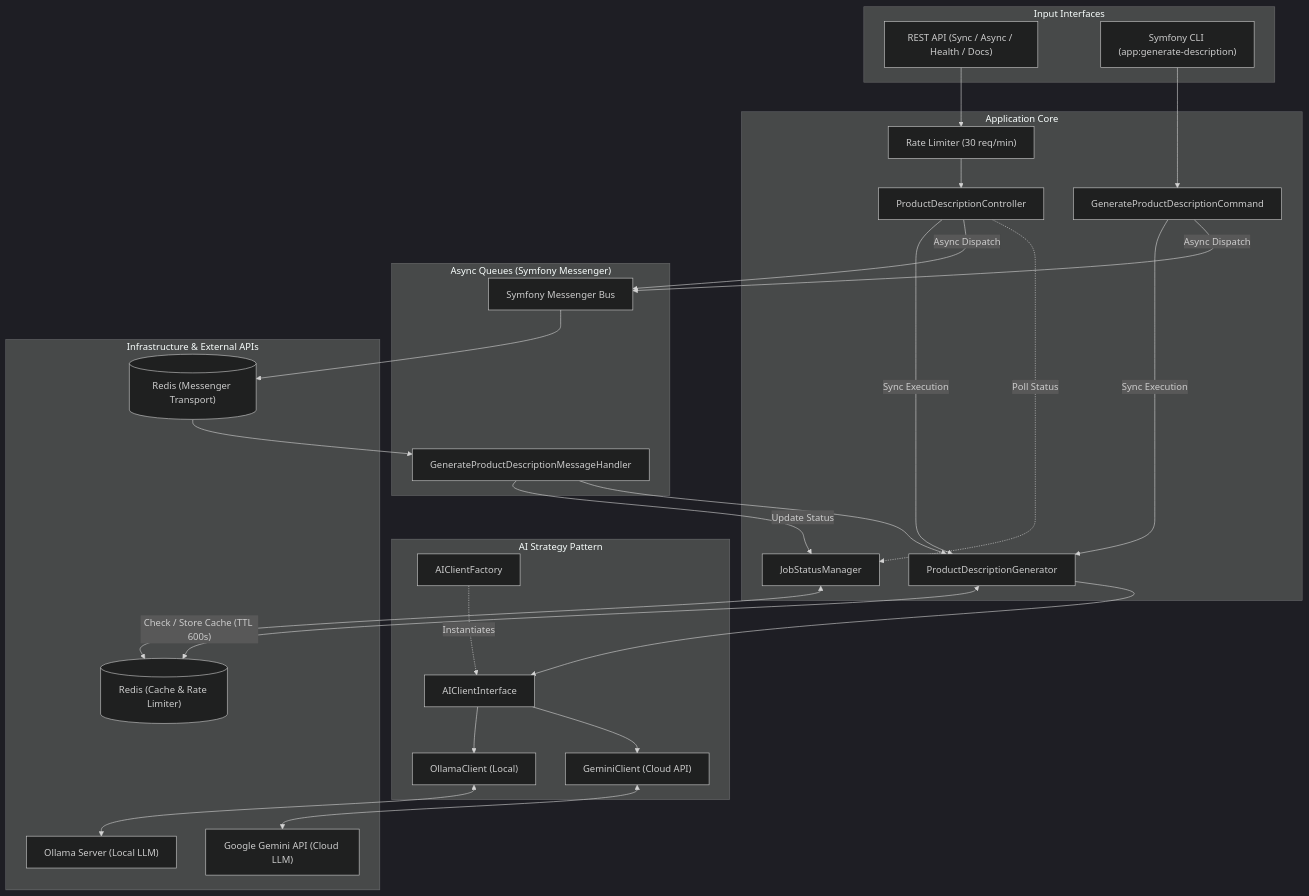
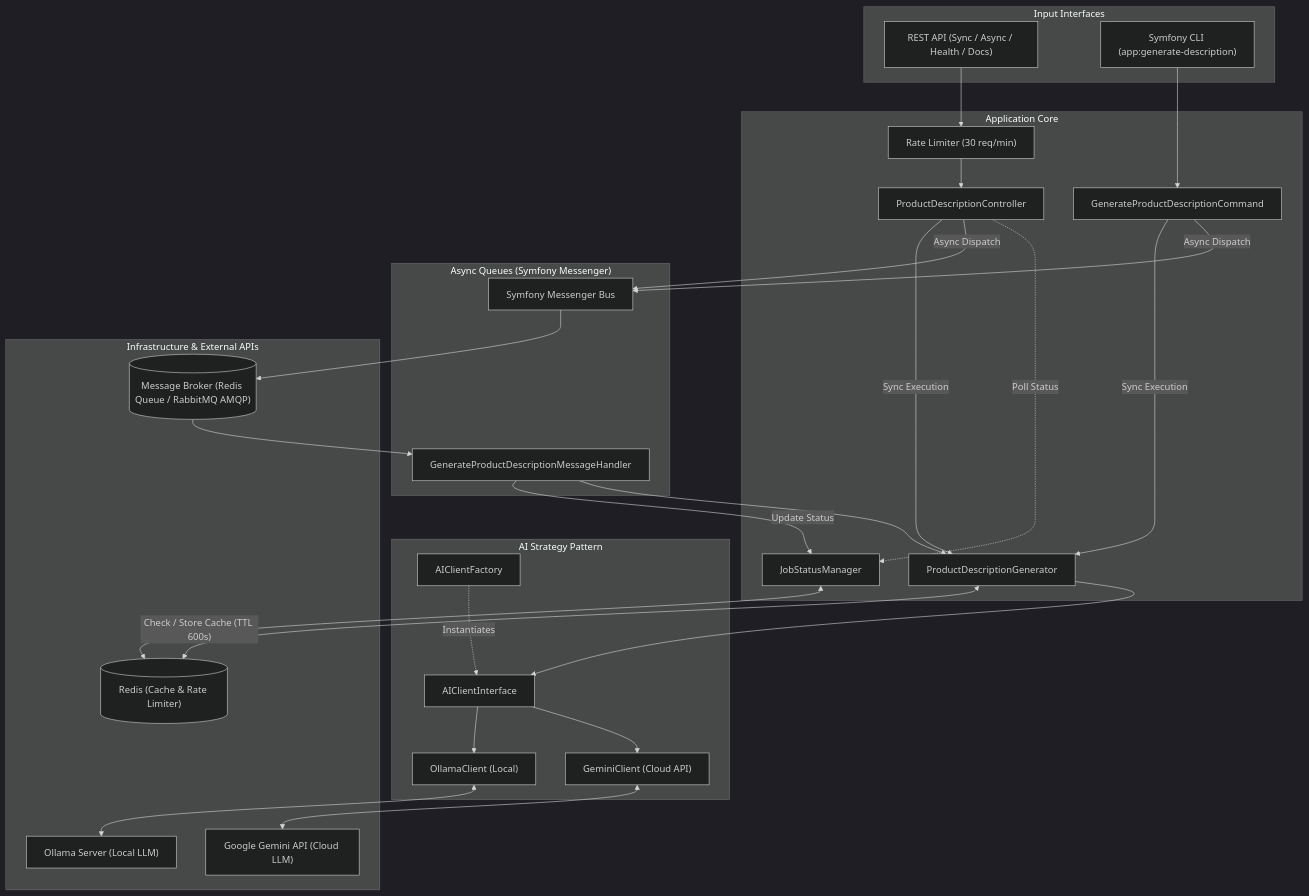
Before and after one commit to michal-kraus/ai-product-description-microservice: the diagram in README.md, drawn with Mermaid (dark theme). The commit also changed other lines of this file and 10 other files, not shown here.

Commit message:
feat(messenger): add RabbitMQ AMQP transport support with Docker profiles

````diff
--- a/README.md
+++ b/README.md
@@ -25,60 +25,60 @@
 ```mermaid
 flowchart TD
     subgraph Clients ["Input Interfaces"]
         HTTP["REST API (Sync / Async / Health / Docs)"]
         CLI["Symfony CLI (app:generate-description)"]
     end
 
     subgraph App ["Application Core"]
         Limiter["Rate Limiter (30 req/min)"]
         Controller["ProductDescriptionController"]
         Command["GenerateProductDescriptionCommand"]
         Generator["ProductDescriptionGenerator"]
         JobManager["JobStatusManager"]
     end
 
     subgraph MessengerLayer ["Async Queues (Symfony Messenger)"]
         Bus["Symfony Messenger Bus"]
         Handler["GenerateProductDescriptionMessageHandler"]
     end
 
     subgraph AIService ["AI Strategy Pattern"]
         Factory["AIClientFactory"]
         Strategy["AIClientInterface"]
         Ollama["OllamaClient (Local)"]
         Gemini["GeminiClient (Cloud API)"]
     end
 
     subgraph Infra ["Infrastructure & External APIs"]
         RedisCache[("Redis (Cache & Rate Limiter)")]
-        RedisQueue[("Redis (Messenger Transport)")]
+        Queues[("Message Broker (Redis Queue / RabbitMQ AMQP)")]
         OllamaSrv["Ollama Server (Local LLM)"]
         GeminiAPI["Google Gemini API (Cloud LLM)"]
     end
 
     HTTP --> Limiter --> Controller
     CLI --> Command
 
     Controller -- "Sync Execution" --> Generator
     Command -- "Sync Execution" --> Generator
 
     Controller -- "Async Dispatch" --> Bus
     Command -- "Async Dispatch" --> Bus
 
-    Bus --> RedisQueue --> Handler
+    Bus --> Queues --> Handler
     Handler -- "Update Status" --> JobManager
     Handler --> Generator
 
     Generator <-->|"Check / Store Cache (TTL 600s)"| RedisCache
     Generator --> Strategy
 
     Factory -. "Instantiates" .-> Strategy
     Strategy --> Ollama
     Strategy --> Gemini
 
     Ollama <--> OllamaSrv
     Gemini <--> GeminiAPI
 
     Controller -. "Poll Status" .-> JobManager
     JobManager <--> RedisCache
 ```
````
